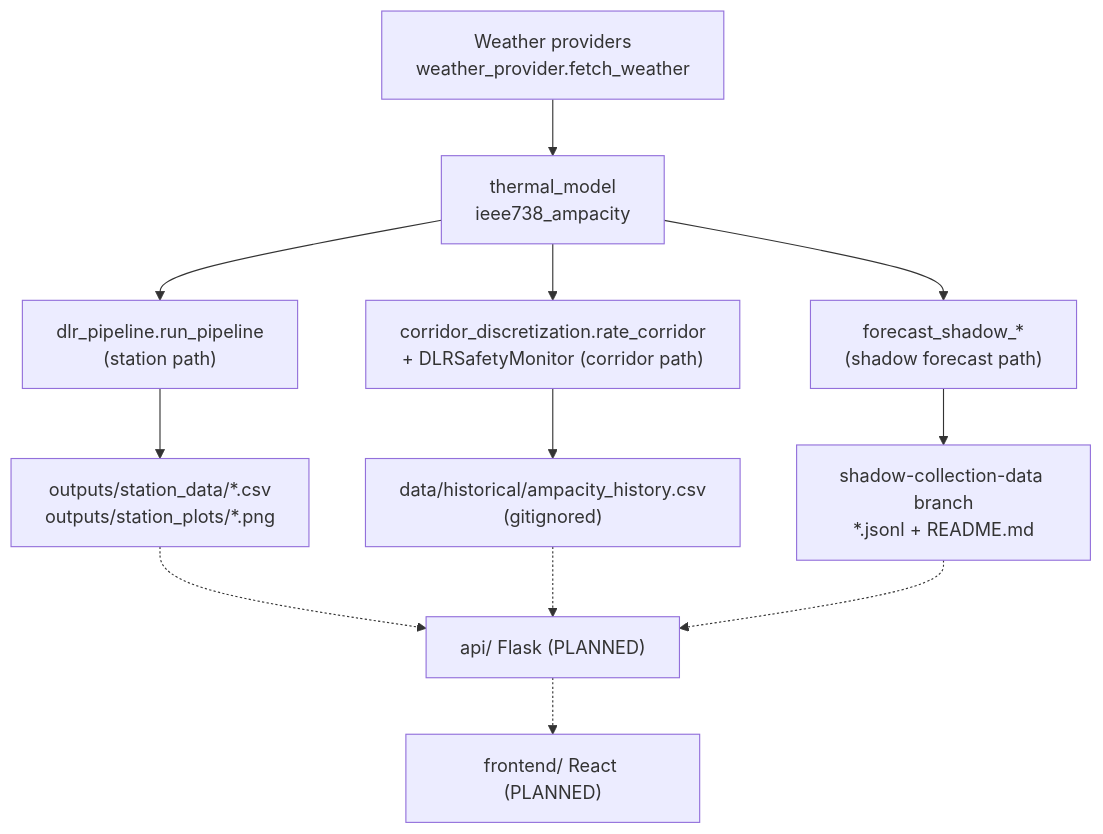
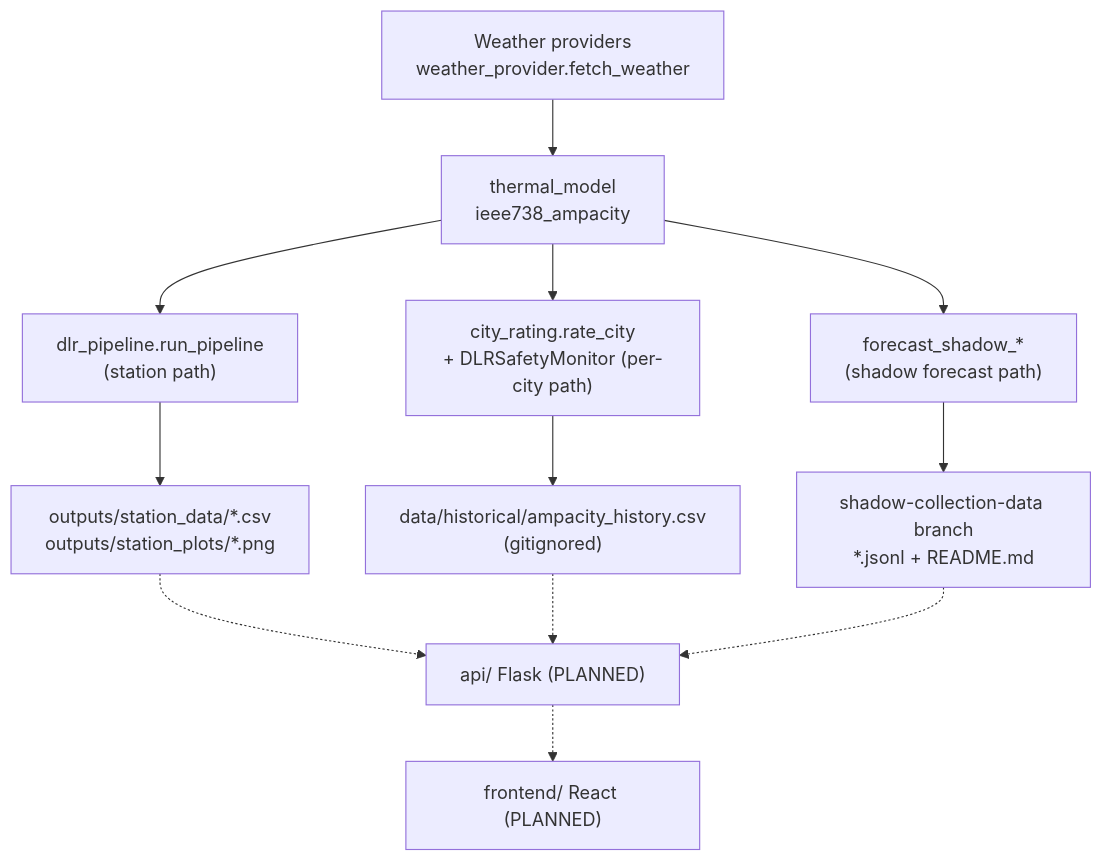
One commit to aa-phan/D8-DLR-Senior-Design-Project-2026 changed the diagram in docs/frontend/guides/architecture.md. Above: the diagram before and after it, drawn with Mermaid. The commit also changed other lines of this file and 45 other files, not shown here.

First line of the commit message:
docs: per-city point scope across data-science, frontend and runbook docs

````diff
--- a/docs/frontend/guides/architecture.md
+++ b/docs/frontend/guides/architecture.md
@@ -27,14 +28,14 @@
 ```mermaid
 graph TD
     W["Weather providers<br/>weather_provider.fetch_weather"] --> TM["thermal_model<br/>ieee738_ampacity"]
     TM --> SP["dlr_pipeline.run_pipeline<br/>(station path)"]
-    TM --> CP["corridor_discretization.rate_corridor<br/>+ DLRSafetyMonitor (corridor path)"]
+    TM --> CP["city_rating.rate_city<br/>+ DLRSafetyMonitor (per-city path)"]
     TM --> SH["forecast_shadow_*<br/>(shadow forecast path)"]
     SP --> OUT["outputs/station_data/*.csv<br/>outputs/station_plots/*.png"]
     CP --> ARC["data/historical/ampacity_history.csv<br/>(gitignored)"]
     SH --> LOG["shadow-collection-data branch<br/>*.jsonl + README.md"]
     OUT -.-> API["api/ Flask (PLANNED)"]
     ARC -.-> API
     LOG -.-> API
     API -.-> FE["frontend/ React (PLANNED)"]
 ```
````
